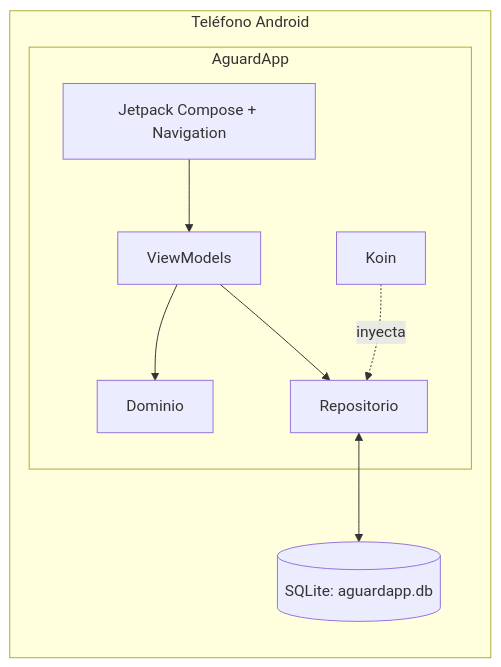
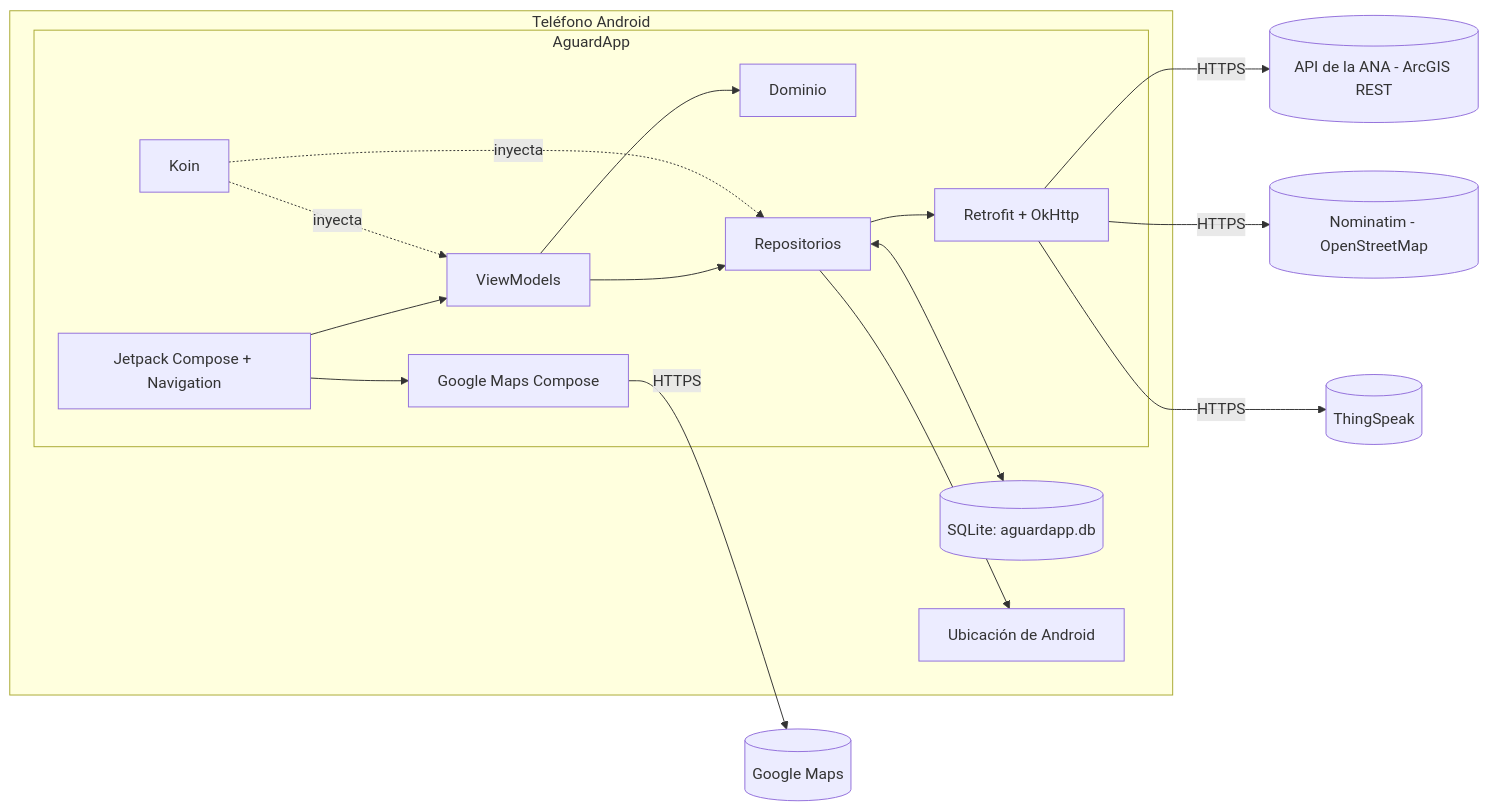
Diagram 23 of 26 in informes/FD04-SAD.md (Cristhian465/Aguarda), drawn with Mermaid before and after one commit. The commit also changed other lines of this file and 36 other files, not shown here.

````diff
--- a/informes/FD04-SAD.md
+++ b/informes/FD04-SAD.md
@@ -649,19 +935,34 @@
 ```mermaid
 flowchart LR
     subgraph DEVICE[Teléfono Android]
       subgraph APK[AguardApp]
         UI[Jetpack Compose + Navigation]
         VM[ViewModels]
         KOIN[Koin]
         DOMAIN[Dominio]
-        REPO[Repositorio]
+        REPO[Repositorios]
+        HTTP[Retrofit + OkHttp]
+        MAPS[Google Maps Compose]
       end
       LOCAL[(SQLite: aguardapp.db)]
+      GPS[Ubicación de Android]
     end
+    ANA[(API de la ANA - ArcGIS REST)]
+    OSM[(Nominatim - OpenStreetMap)]
+    TS[(ThingSpeak)]
+    GM[(Google Maps)]
 
     UI --> VM
     VM --> DOMAIN
     VM --> REPO
+    KOIN -. inyecta .-> VM
     KOIN -. inyecta .-> REPO
     REPO <--> LOCAL
+    REPO --> GPS
+    REPO --> HTTP
+    HTTP -- HTTPS --> ANA
+    HTTP -- HTTPS --> OSM
+    HTTP -- HTTPS --> TS
+    UI --> MAPS
+    MAPS -- HTTPS --> GM
 ```
````
